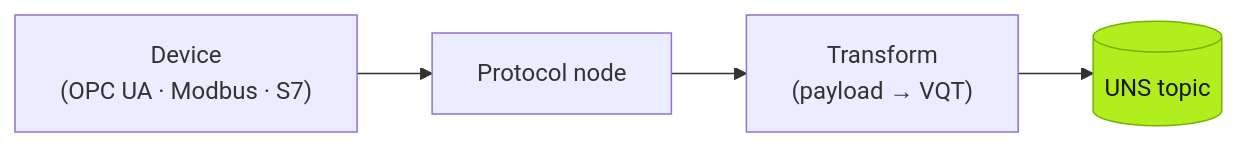
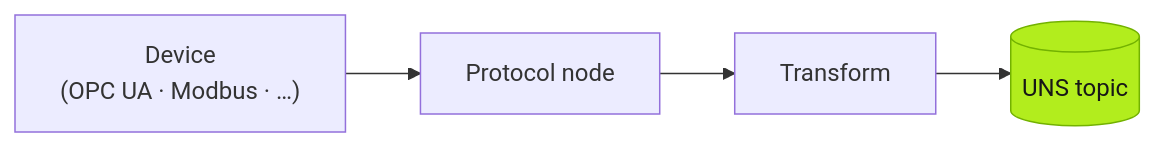
The diagram in src/content/docs/best-practice/protocol-connections.mdx (FREEZONEX/Tier0-docs-site), drawn with Mermaid before and after one commit. The commit also changed other lines of this file and 13 other files, not shown here.

````diff
--- a/src/content/docs/best-practice/protocol-connections.mdx
+++ b/src/content/docs/best-practice/protocol-connections.mdx
@@ -18,6 +16,6 @@
 ```mermaid
 flowchart LR
-  dev["Device<br/>(OPC UA · Modbus · S7)"] --> node["Protocol node"] --> fx["Transform<br/>(payload → VQT)"] --> uns[("UNS topic")]
+  dev["Device<br/>(OPC UA · Modbus · …)"] --> node["Protocol node"] --> fx["Transform"] --> uns[("UNS topic")]
   classDef t0accent fill:#B2ED1D,stroke:#73B200,color:#171717
   class uns t0accent
 ```
````
